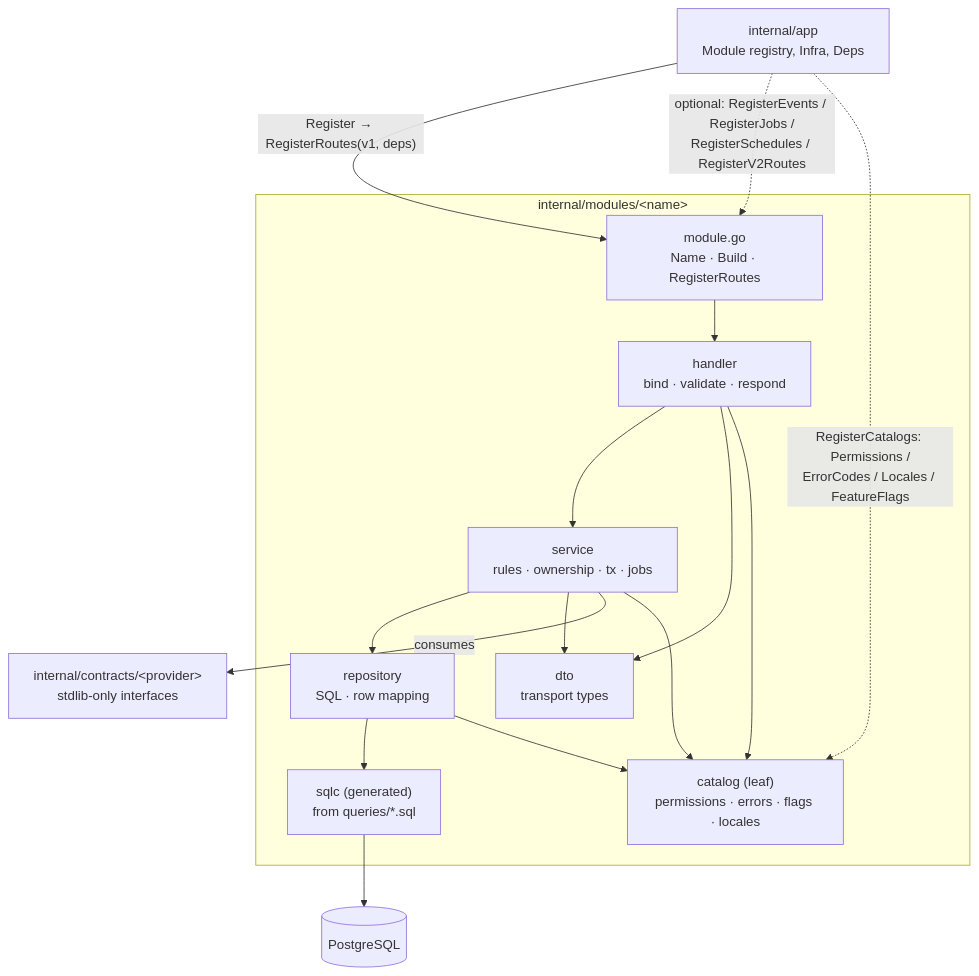
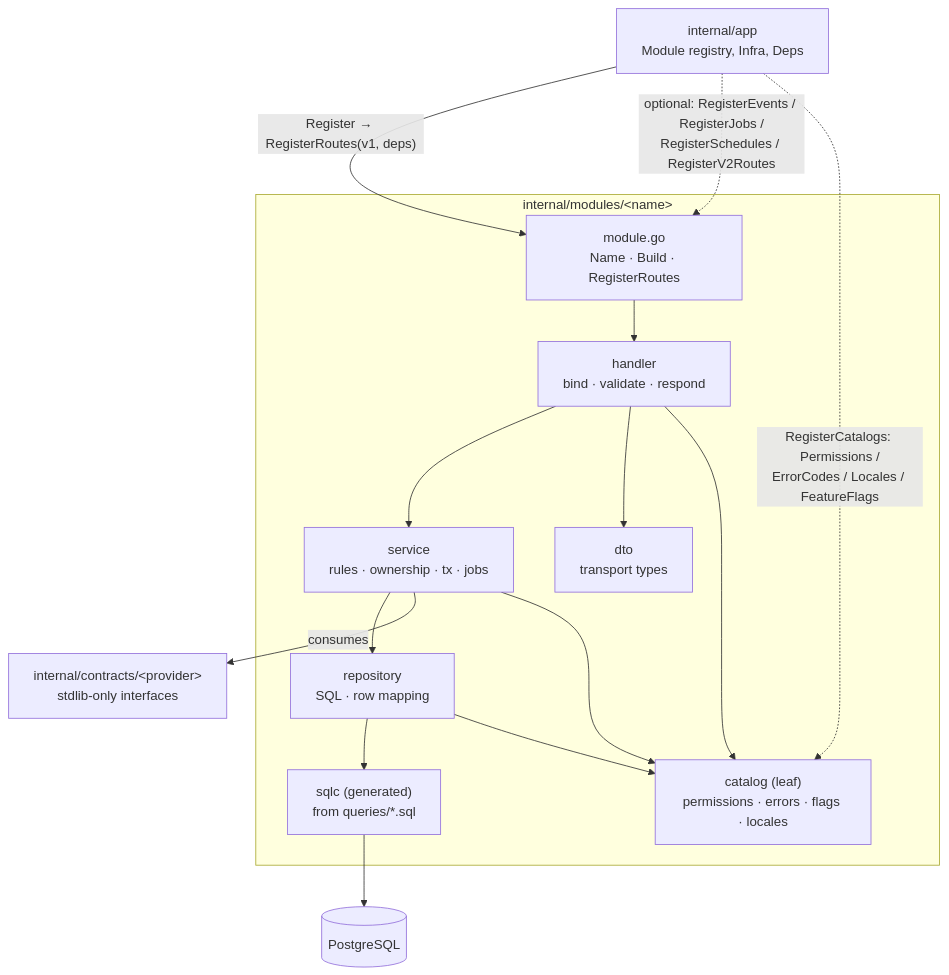
Before and after one commit to chuanghiduoc/fiber-golang-boilerplate: the second of 6 diagrams in docs/module-template.md, drawn with Mermaid. The commit also changed other lines of this file and 182 other files, not shown here.

````diff
--- a/docs/module-template.md
+++ b/docs/module-template.md
@@ -49,24 +49,23 @@
 ```mermaid
 flowchart TB
     subgraph M["internal/modules/&lt;name&gt;"]
         MOD["module.go<br/>Name · Build · RegisterRoutes"]
         H["handler<br/>bind · validate · respond"]
         S["service<br/>rules · ownership · tx · jobs"]
         R["repository<br/>SQL · row mapping"]
         Q["sqlc (generated)<br/>from queries/*.sql"]
         D["dto<br/>transport types"]
         CAT["catalog (leaf)<br/>permissions · errors · flags · locales"]
     end
     APP["internal/app<br/>Module registry, Infra, Deps"]
     C["internal/contracts/&lt;provider&gt;<br/>stdlib-only interfaces"]
     PG[(PostgreSQL)]
 
     APP -- "Register → RegisterRoutes(v1, deps)" --> MOD
     APP -. "optional: RegisterEvents / RegisterJobs /<br/>RegisterSchedules / RegisterV2Routes" .-> MOD
     APP -. "RegisterCatalogs: Permissions /<br/>ErrorCodes / Locales / FeatureFlags" .-> CAT
     MOD --> H --> S --> R --> Q --> PG
     H --> D
-    S --> D
     S -- "consumes" --> C
     H & S & R --> CAT
 ```
````
